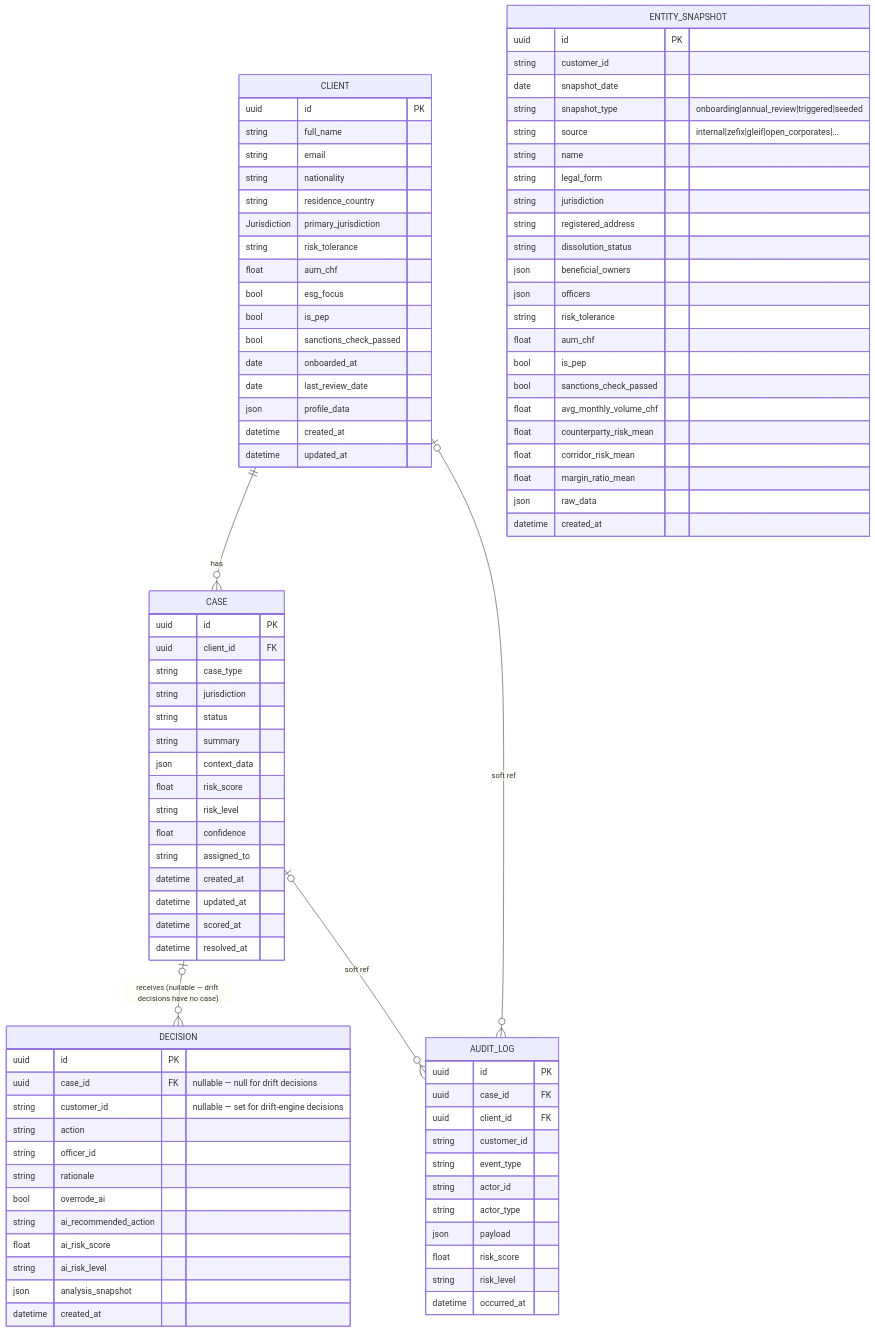
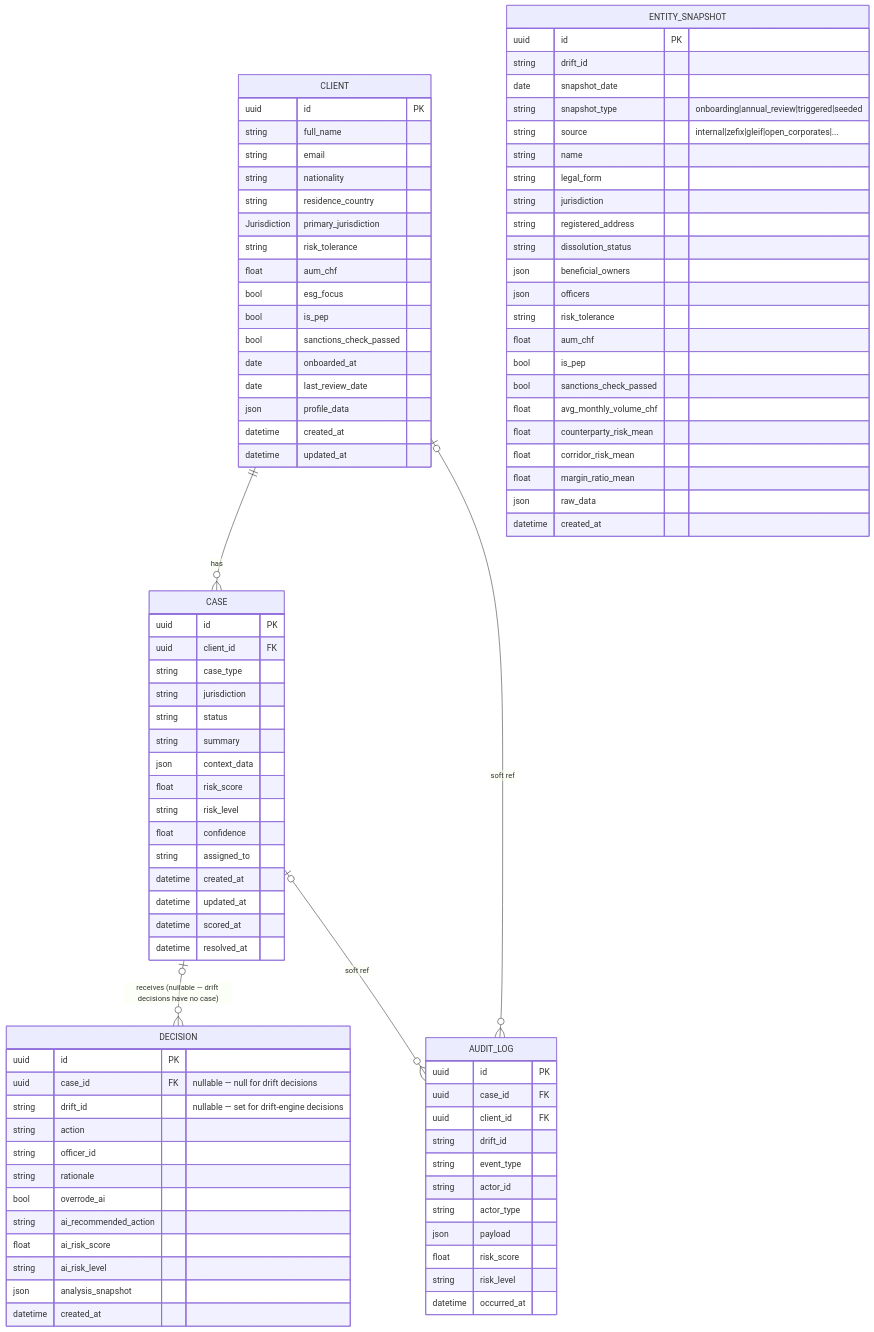
One commit to SteveDok22/Swisshacks-2026 changed the first of 3 diagrams in docs/db-schema.md. Above: the diagram before and after it, drawn with Mermaid. The commit also changed other lines of this file and 45 other files, not shown here.

Commit message:
refactor(drift): rename drift identifier customer_id -> drift_id (#15)

```diff
--- a/docs/db-schema.md
+++ b/docs/db-schema.md
@@ -44,7 +44,7 @@
     DECISION {
         uuid id PK
         uuid case_id FK "nullable — null for drift decisions"
-        string customer_id "nullable — set for drift-engine decisions"
+        string drift_id "nullable — set for drift-engine decisions"
         string action
         string officer_id
         string rationale
@@ -60,7 +60,7 @@
         uuid id PK
         uuid case_id FK
         uuid client_id FK
-        string customer_id
+        string drift_id
         string event_type
         string actor_id
         string actor_type
@@ -72,7 +72,7 @@
 
     ENTITY_SNAPSHOT {
         uuid id PK
-        string customer_id
+        string drift_id
         date snapshot_date
         string snapshot_type "onboarding|annual_review|triggered|seeded"
         string source "internal|zefix|gleif|open_corporates|..."
```
